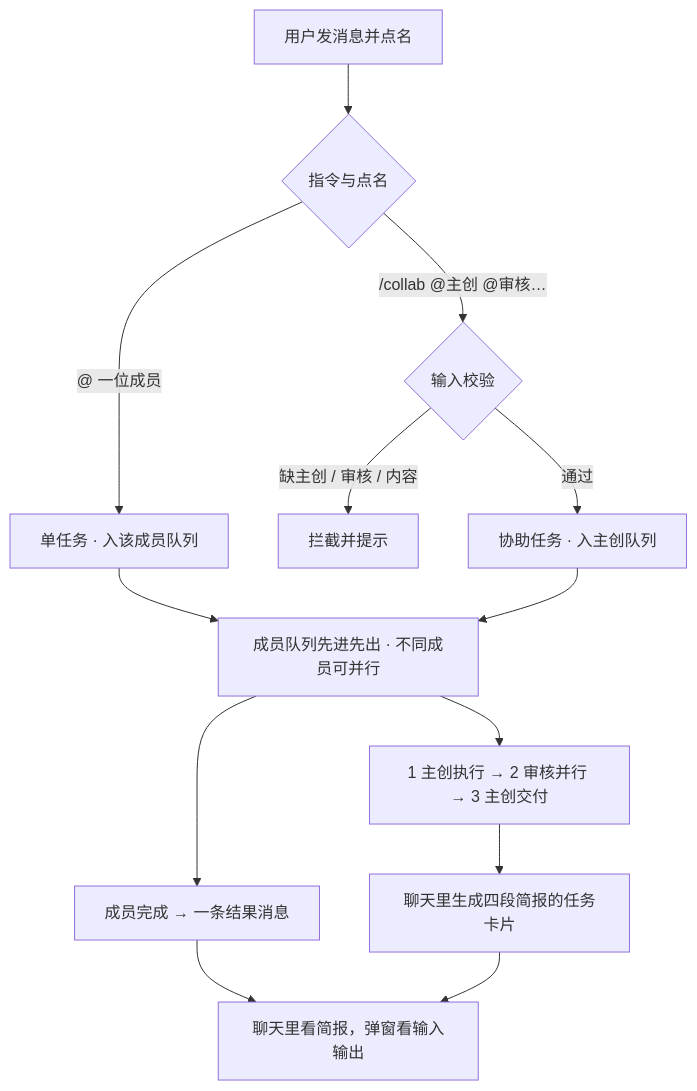
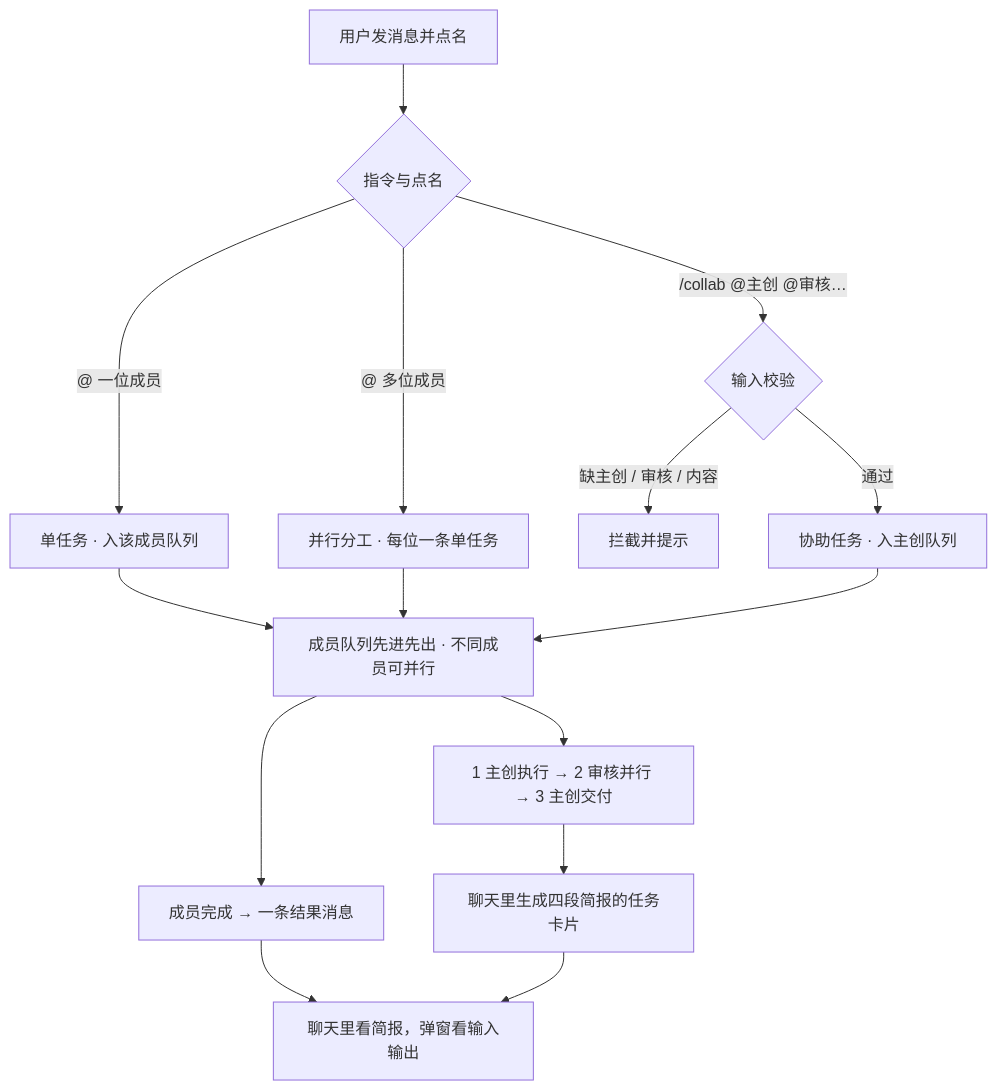
Before and after one commit to BinaryAlan/ai-atelier: the diagram in README_zh.md, drawn with Mermaid. The commit also changed other lines of this file and 17 other files, not shown here.

````diff
--- a/README_zh.md
+++ b/README_zh.md
@@ -115,15 +118,17 @@
 ```mermaid
 flowchart TD
     U["用户发消息并点名"] --> T{指令与点名}
     T -->|"@ 一位成员"| S["单任务 · 入该成员队列"]
+    T -->|"@ 多位成员"| F["并行分工 · 每位一条单任务"]
     T -->|"/collab @主创 @审核…"| C{输入校验}
     C -->|缺主创 / 审核 / 内容| CE["拦截并提示"]
     C -->|通过| CQ["协助任务 · 入主创队列"]
     S --> Q["成员队列先进先出 · 不同成员可并行"]
+    F --> Q
     CQ --> Q
     Q --> S1["成员完成 → 一条结果消息"]
     Q --> C1["1 主创执行 → 2 审核并行 → 3 主创交付"]
     S1 --> V["聊天里看简报，弹窗看输入输出"]
     C1 --> K["聊天里生成四段简报的任务卡片"]
     K --> V
 ```
````
